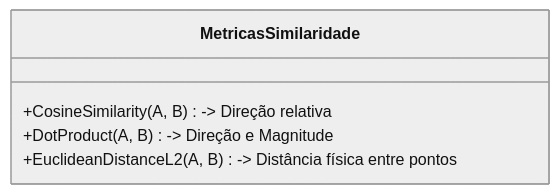
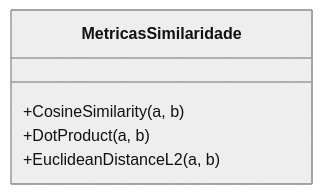
Before and after one commit to gsantosc18/so-resta-estudar: the diagram in ai-development/02-retrieval-augmented-generation/02-embeddings-and-vector-databases.md, drawn with Mermaid (neutral theme). The commit also changed 6 other files, not shown here.

Commit message:
style: standardize Mermaid diagram node labels and streamline sequence descriptions across documentation files

````diff
--- a/ai-development/02-retrieval-augmented-generation/02-embeddings-and-vector-databases.md
+++ b/ai-development/02-retrieval-augmented-generation/02-embeddings-and-vector-databases.md
@@ -22,8 +22,8 @@
 ```mermaid
 classDiagram
     class MetricasSimilaridade {
-        +CosineSimilarity(A, B) -> Direção relativa
-        +DotProduct(A, B) -> Direção e Magnitude
-        +EuclideanDistanceL2(A, B) -> Distância física entre pontos
+        +CosineSimilarity(a, b)
+        +DotProduct(a, b)
+        +EuclideanDistanceL2(a, b)
     }
 ```
````
